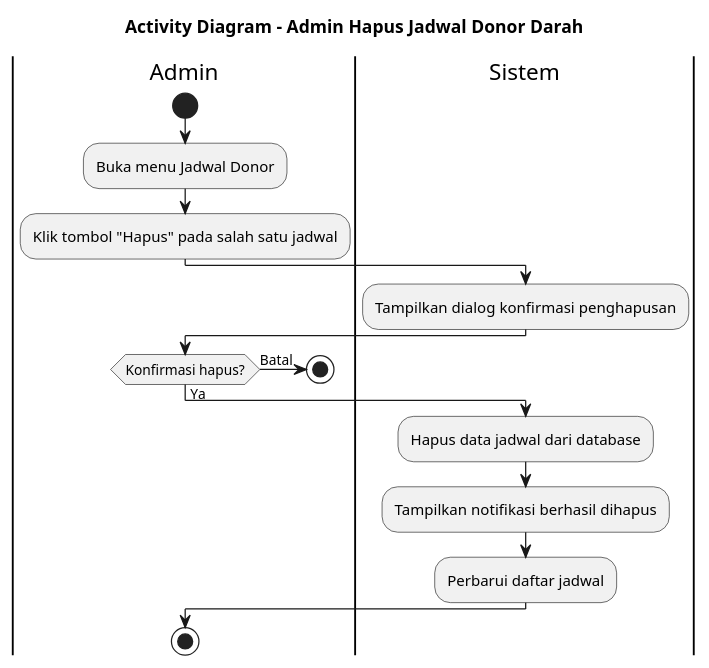
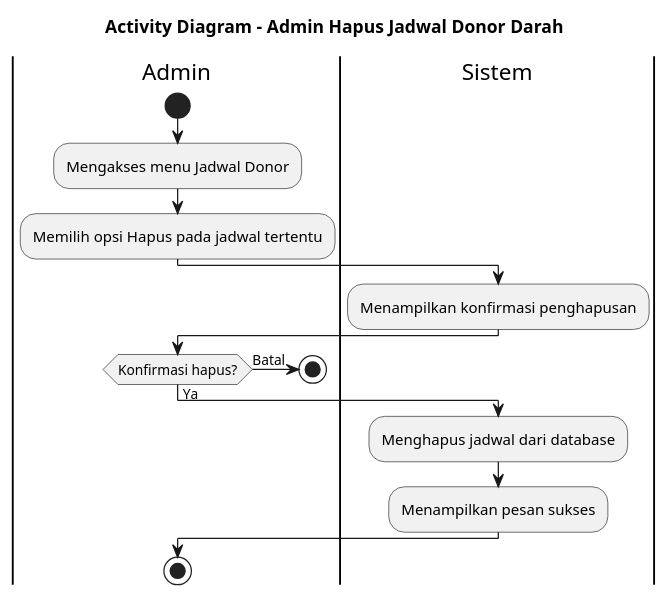
The diagram in diagram/adminkelolajadwal/activitydiagram_admin_hapusjadwal.puml (jaddu17/capstonepmikp), drawn with PlantUML before and after one commit. The commit also changed 11 other files, not shown here.

```diff
--- a/diagram/adminkelolajadwal/activitydiagram_admin_hapusjadwal.puml
+++ b/diagram/adminkelolajadwal/activitydiagram_admin_hapusjadwal.puml
@@ -1,25 +1,24 @@
 @startuml ACTIVITY_DIAGRAM_ADMIN_HAPUSJADWAL
 title Activity Diagram - Admin Hapus Jadwal Donor Darah
 
 |Admin|
 start
-:Buka menu Jadwal Donor;
-:Klik tombol "Hapus" pada salah satu jadwal;
+:Mengakses menu Jadwal Donor;
+:Memilih opsi Hapus pada jadwal tertentu;
 
 |Sistem|
-:Tampilkan dialog konfirmasi penghapusan;
+:Menampilkan konfirmasi penghapusan;
 
 |Admin|
 if (Konfirmasi hapus?) then (Batal)
   stop
 else (Ya)
   |Sistem|
-  :Hapus data jadwal dari database;
-  :Tampilkan notifikasi berhasil dihapus;
-  :Perbarui daftar jadwal;
+  :Menghapus jadwal dari database;
+  :Menampilkan pesan sukses;
 endif
 
 |Admin|
 stop
 
 @enduml
```
